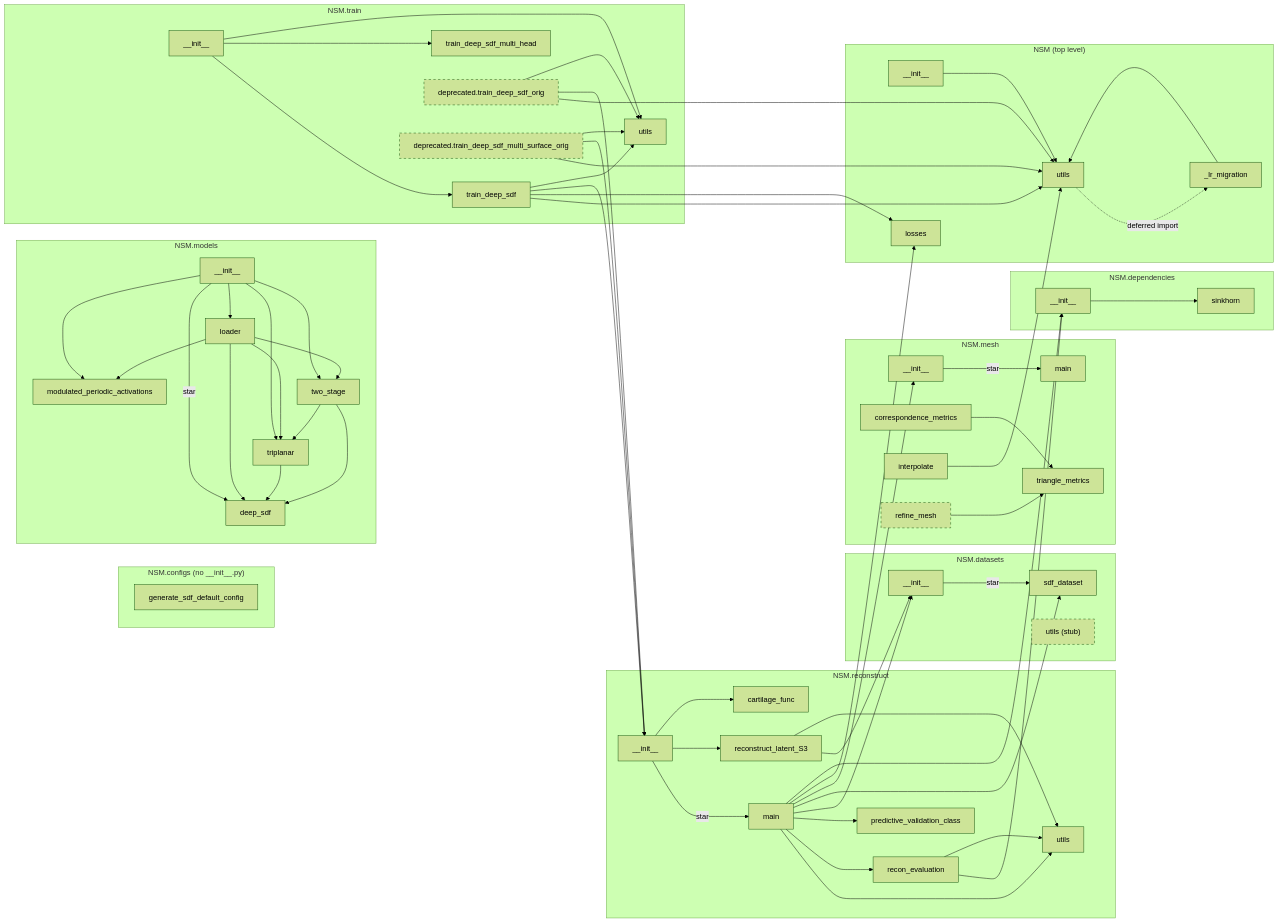
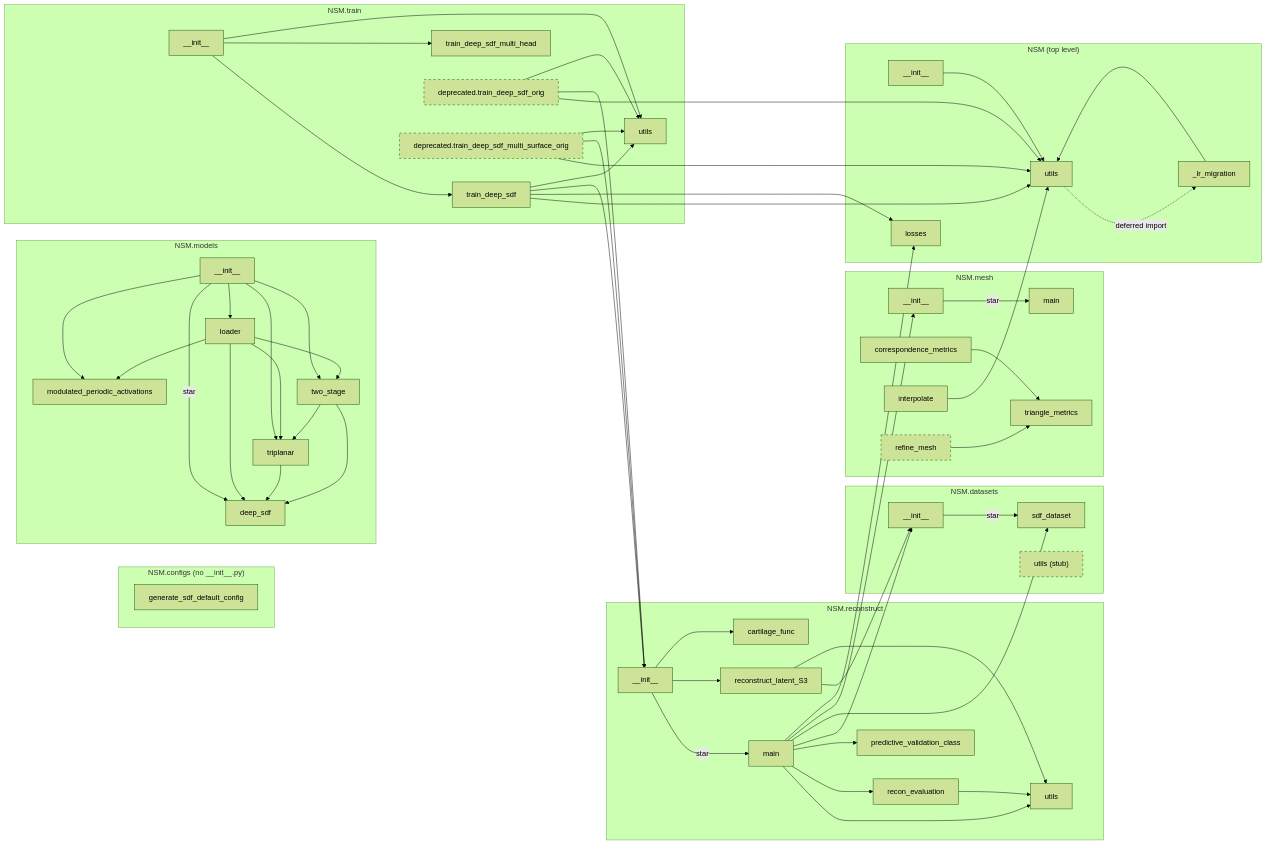
Before and after one commit to gattia/nsm: the diagram in docs/ARCHITECTURE.md, drawn with Mermaid (forest theme). The commit also changed other lines of this file and 9 other files, not shown here.

```diff
--- a/docs/ARCHITECTURE.md
+++ b/docs/ARCHITECTURE.md
@@ -62,11 +62,6 @@
     DSpkg["__init__"]
     DSsdf["sdf_dataset"]
     DSutils["utils (stub)"]
-  end
-
-  subgraph DEP["NSM.dependencies"]
-    DPpkg["__init__"]
-    DPsink["sinkhorn"]
   end
 
   subgraph ME["NSM.mesh"]
@@ -111,7 +106,6 @@
   Uutils -.->|"deferred import"| Ulrmig
 
   DSpkg -->|star| DSsdf
-  DPpkg --> DPsink
 
   MEpkg -->|star| MEmain
   MEcorr --> MEtri
@@ -141,8 +135,6 @@
   RCmain --> DSsdf
   RCmain --> MEpkg
   RCmain --> Ulosses
-  RCmain --> DPpkg
-  RCeval --> DPpkg
   RCeval --> RCutils
   RCs3 --> DSpkg
   RCs3 --> RCutils
```
